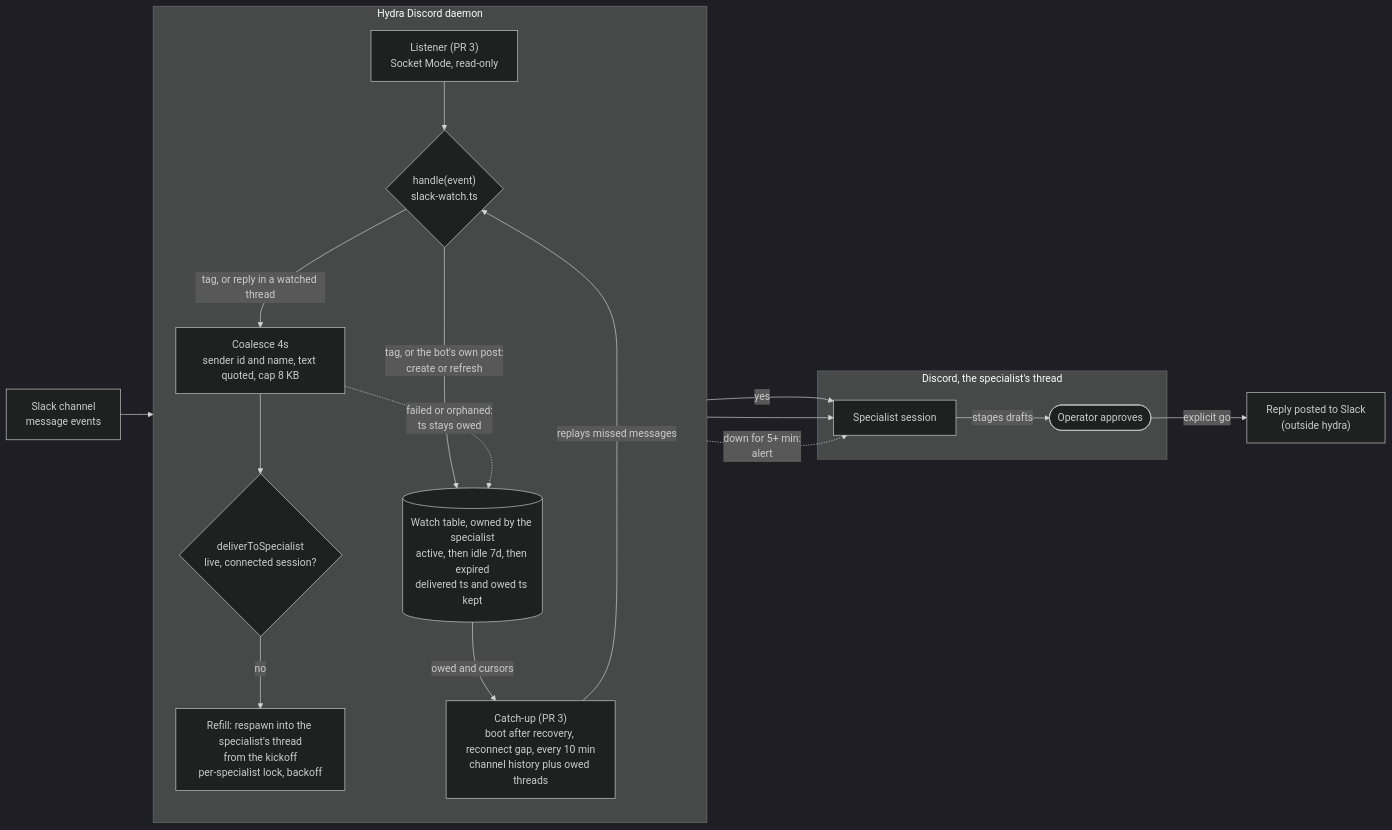
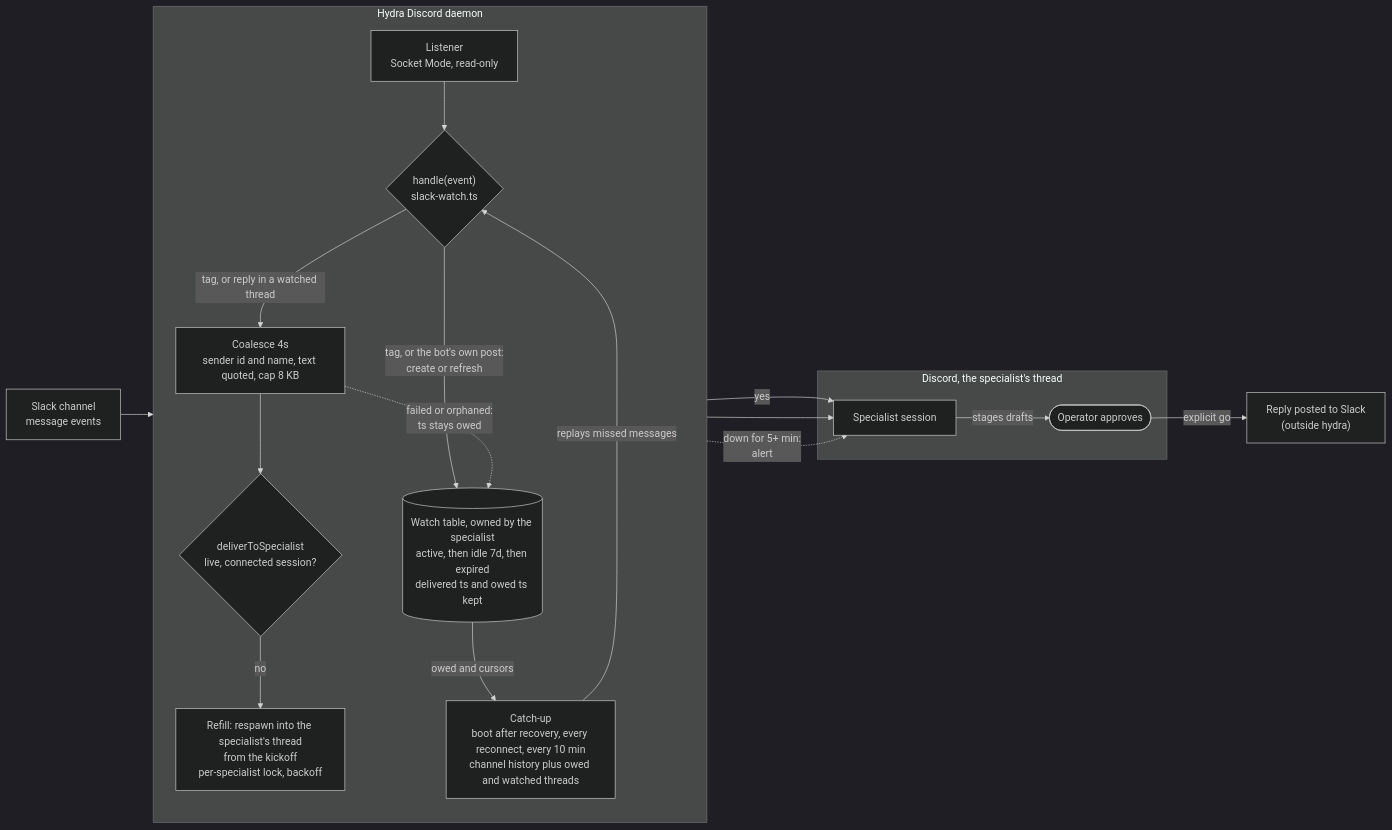
Before and after one commit to sf8193/hydra: the diagram in diagrams/flow-slack-watch.mmd, drawn with Mermaid (dark theme). The commit also changed 2 other files, not shown here.

Commit message:
Slack watching: README section and flow diagram for the listener and catch-up

```diff
--- a/diagrams/flow-slack-watch.mmd
+++ b/diagrams/flow-slack-watch.mmd
@@ -1,33 +1,33 @@
 flowchart LR
   slack["Slack channel<br/>message events"]
 
   subgraph daemon["Hydra Discord daemon"]
     direction TB
-    lis["Listener (PR 3)<br/>Socket Mode, read-only"]
+    lis["Listener<br/>Socket Mode, read-only"]
     handle{"handle(event)<br/>slack-watch.ts"}
     table[("Watch table, owned by the specialist<br/>active, then idle 7d, then expired<br/>delivered ts and owed ts kept")]
     co["Coalesce 4s<br/>sender id and name, text quoted, cap 8 KB"]
     specialist{"deliverToSpecialist<br/>live, connected session?"}
     refill["Refill: respawn into the specialist's thread<br/>from the kickoff<br/>per-specialist lock, backoff"]
-    catch["Catch-up (PR 3)<br/>boot after recovery, reconnect gap, every 10 min<br/>channel history plus owed threads"]
+    catch["Catch-up<br/>boot after recovery, every reconnect, every 10 min<br/>channel history plus owed and watched threads"]
   end
 
   subgraph discord["Discord, the specialist's thread"]
     ses["Specialist session"]
     dan(["Operator approves"])
   end
 
   post["Reply posted to Slack<br/>(outside hydra)"]
 
   slack --> lis --> handle
   handle -->|"tag, or the bot's own post:<br/>create or refresh"| table
   handle -->|"tag, or reply in a watched thread"| co
   co --> specialist
   specialist -->|"yes"| ses
   specialist -->|"no"| refill --> ses
   co -.->|"failed or orphaned:<br/>ts stays owed"| table
   table -->|"owed and cursors"| catch
   catch -->|"replays missed messages"| handle
   lis -.->|"down for 5+ min:<br/>alert"| ses
   ses -->|"stages drafts"| dan
   dan -->|"explicit go"| post
```
